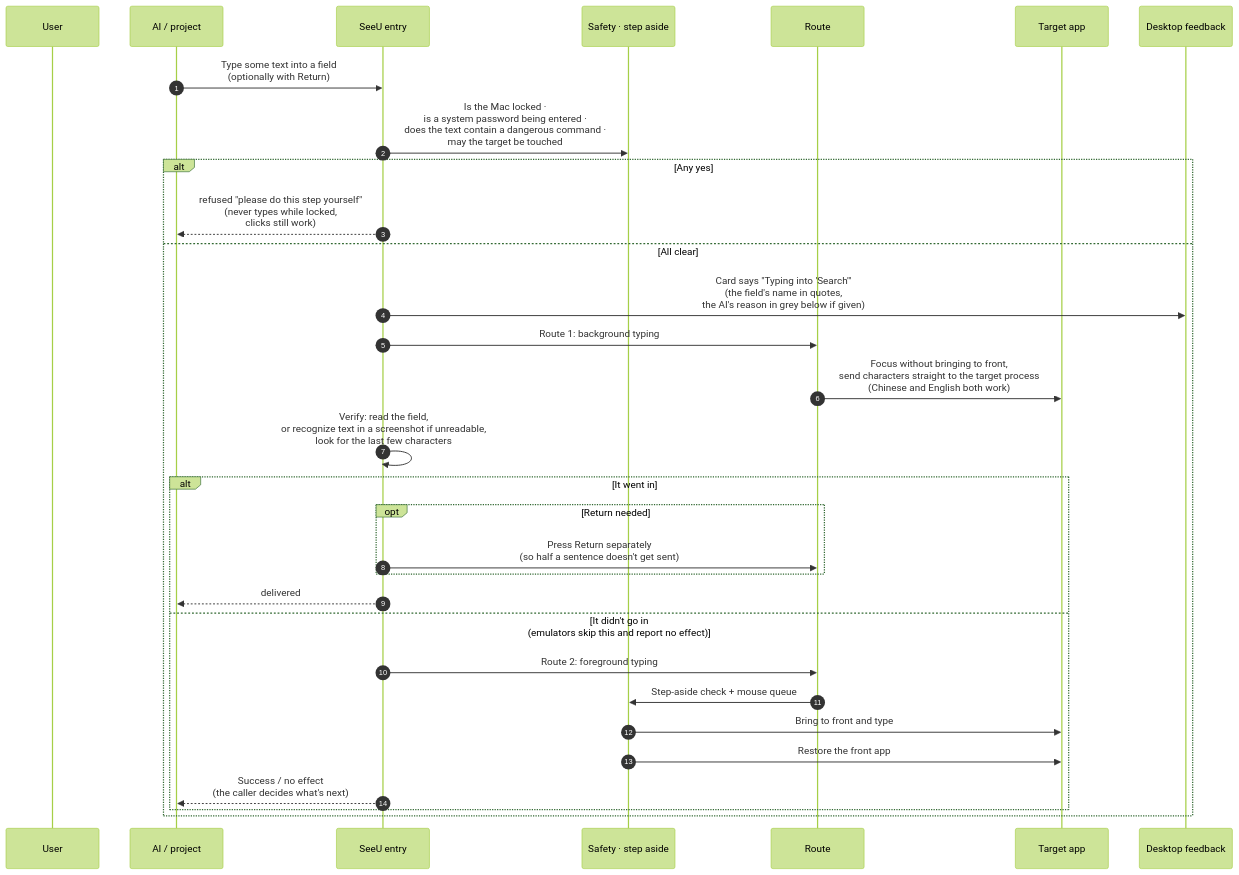
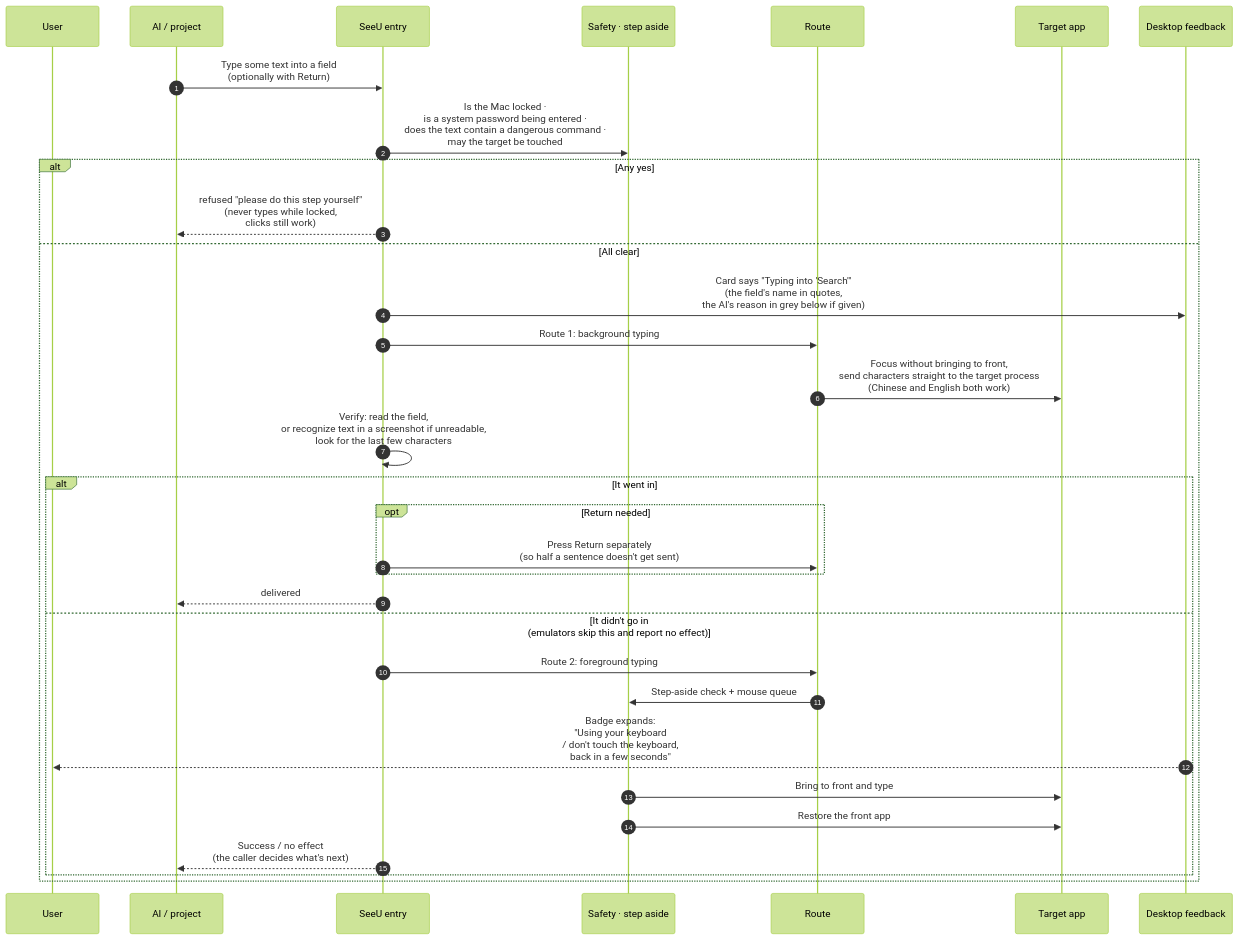
One commit to Mr-Bingoo/seeu-computeruse changed the fifth of 16 diagrams in docs/SeeU-diagrams.md. Above: the diagram before and after it, drawn with Mermaid (forest theme). The commit also changed other lines of this file and 41 other files, not shown here.

````diff
--- a/docs/SeeU-diagrams.md
+++ b/docs/SeeU-diagrams.md
@@ -231,33 +233,34 @@
 ```mermaid
 sequenceDiagram
   autonumber
   participant U as User
   participant AI as AI / project
   participant E as SeeU entry
   participant S as Safety · step aside
   participant R as Route
   participant A as Target app
   participant F as Desktop feedback
   AI->>E: Type some text into a field<br/>(optionally with Return)
   E->>S: Is the Mac locked ·<br/>is a system password being entered ·<br/>does the text contain a dangerous command ·<br/>may the target be touched
   alt Any yes
     E-->>AI: refused "please do this step yourself"<br/>(never types while locked,<br/>clicks still work)
   else All clear
     E->>F: Card says "Typing into 'Search'"<br/>(the field's name in quotes,<br/>the AI's reason in grey below if given)
     E->>R: Route 1: background typing
     R->>A: Focus without bringing to front,<br/>send characters straight to the target process<br/>(Chinese and English both work)
     E->>E: Verify: read the field,<br/>or recognize text in a screenshot if unreadable,<br/>look for the last few characters
     alt It went in
       opt Return needed
         E->>R: Press Return separately<br/>(so half a sentence doesn't get sent)
       end
       E-->>AI: delivered
     else It didn't go in<br/>(emulators skip this and report no effect)
       E->>R: Route 2: foreground typing
       R->>S: Step-aside check + mouse queue
+      F-->>U: Badge expands:<br/>"Using your keyboard<br/>/ don't touch the keyboard,<br/>back in a few seconds"
       S->>A: Bring to front and type
       S->>A: Restore the front app
       E-->>AI: Success / no effect<br/>(the caller decides what's next)
     end
   end
 ```
````
